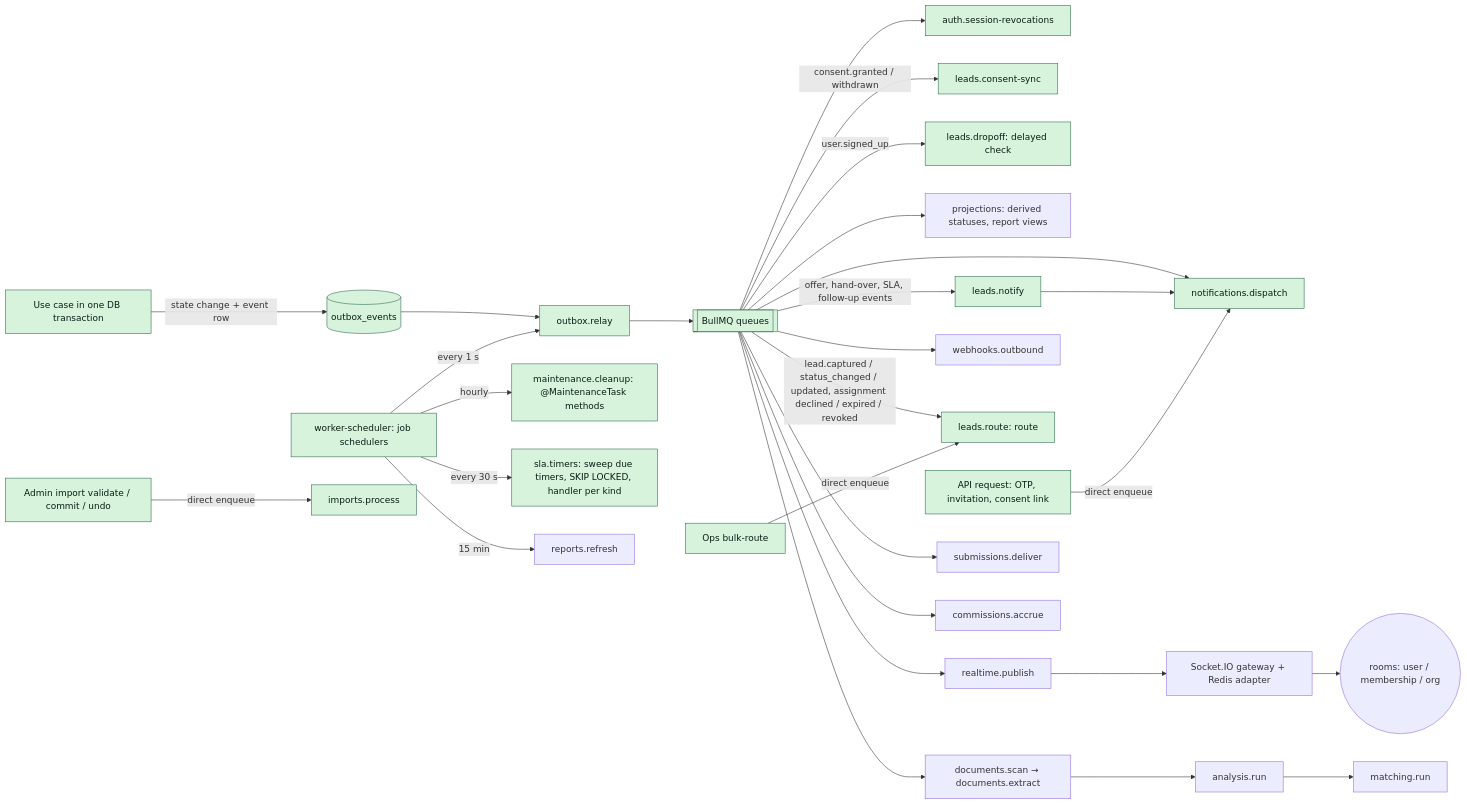
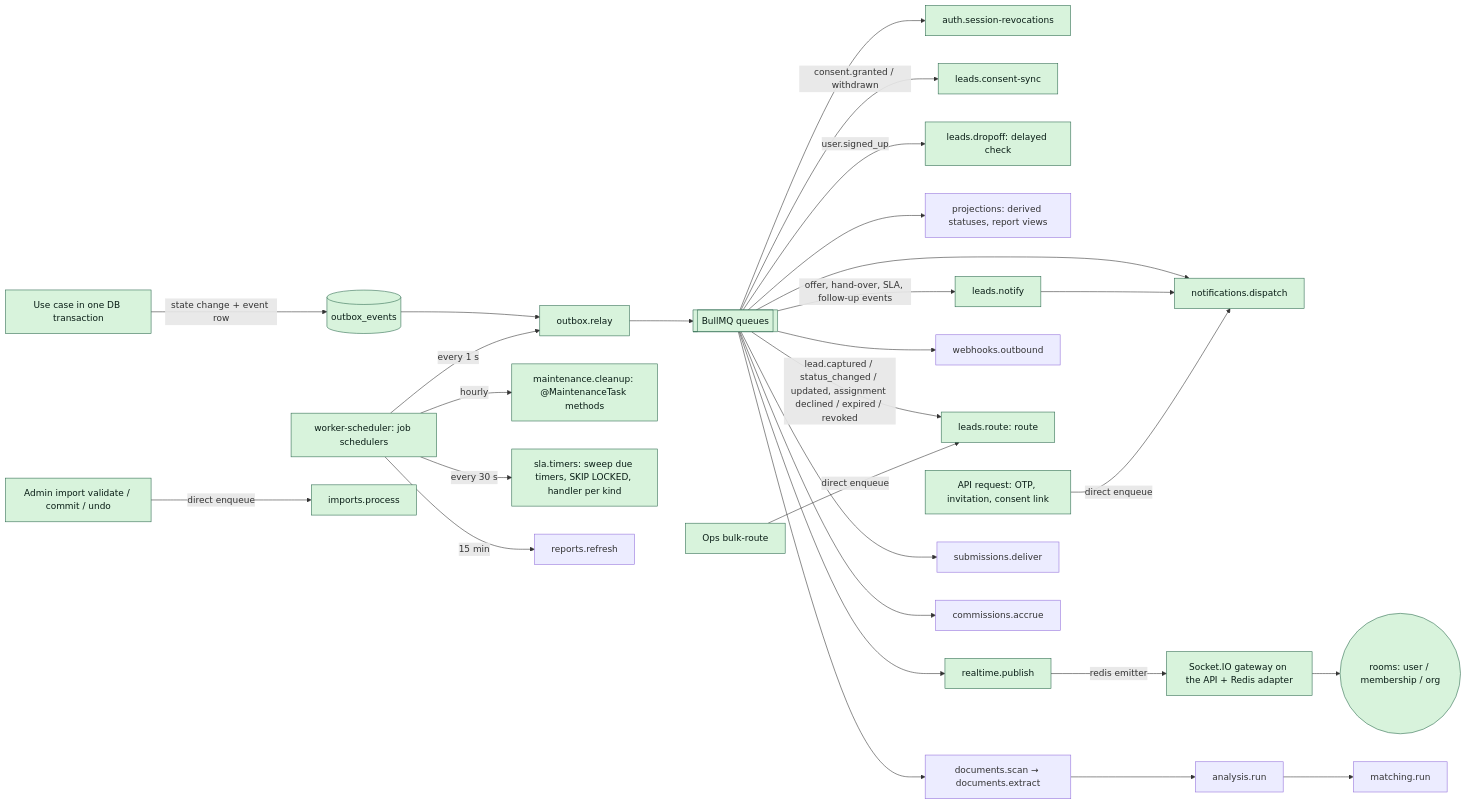
Diagram 14 of 14 in docs/ARCHITECTURE.md (Shaikhfaruk/fundenflo), drawn with Mermaid before and after one commit. The commit also changed other lines of this file and 41 other files, not shown here.

````diff
--- a/docs/ARCHITECTURE.md
+++ b/docs/ARCHITECTURE.md
@@ -458,31 +458,31 @@
 ```mermaid
 flowchart LR
   UC[Use case in one DB transaction] -->|state change + event row| OB[(outbox_events)]
   OB --> RELAY[outbox.relay]
   SCHED[worker-scheduler: job schedulers] -->|every 1 s| RELAY
   SCHED -->|hourly| MAINT[maintenance.cleanup: @MaintenanceTask methods]
   RELAY --> Q[[BullMQ queues]]
   Q --> REVOKE[auth.session-revocations]
   Q -->|consent.granted / withdrawn| CSYNC[leads.consent-sync]
   Q -->|user.signed_up| DROPQ[leads.dropoff: delayed check]
   Q --> PROJ[projections: derived statuses, report views]
   Q --> NOTIF[notifications.dispatch]
   Q -->|offer, hand-over, SLA, follow-up events| LNOTIFY[leads.notify] --> NOTIF
   Q --> RTP[realtime.publish]
   Q --> WHO[webhooks.outbound]
   SCHED -->|every 30 s| SLAQ[sla.timers: sweep due timers, SKIP LOCKED, handler per kind]
   Q -->|lead.captured / status_changed / updated, assignment declined / expired / revoked| ROUTEQ[leads.route: route]
   OPSR[Ops bulk-route] -->|direct enqueue| ROUTEQ
   Q --> DOCQ[documents.scan → documents.extract]
   DOCQ --> ANQ[analysis.run]
   ANQ --> MQ2[matching.run]
   Q --> SUBQ[submissions.deliver]
   Q --> COMQ[commissions.accrue]
-  RTP --> GW[Socket.IO gateway + Redis adapter]
+  RTP -->|redis emitter| GW[Socket.IO gateway on the API + Redis adapter]
   GW --> ROOMS((rooms: user / membership / org))
   IMPAPI[Admin import validate / commit / undo] -->|direct enqueue| IMPQ[imports.process]
   SCHED -->|15 min| REP[reports.refresh]
   API[API request: OTP, invitation, consent link] -->|direct enqueue| NOTIF
   classDef built fill:#d8f3dc,stroke:#2d6a4f,color:#081c15
-  class UC,OB,RELAY,SCHED,MAINT,Q,REVOKE,CSYNC,DROPQ,NOTIF,API,IMPAPI,IMPQ,ROUTEQ,OPSR,SLAQ,LNOTIFY built
+  class UC,OB,RELAY,SCHED,MAINT,Q,REVOKE,CSYNC,DROPQ,NOTIF,API,IMPAPI,IMPQ,ROUTEQ,OPSR,SLAQ,LNOTIFY,RTP,GW,ROOMS built
 ```
````
